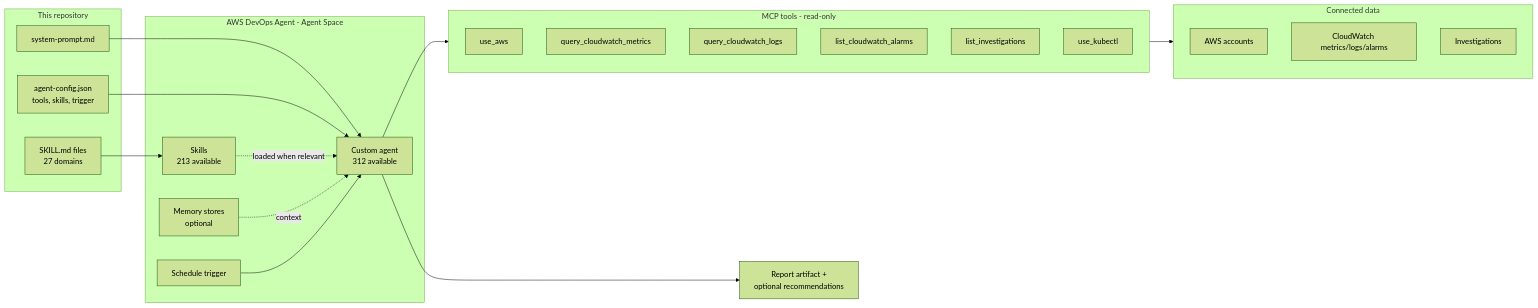
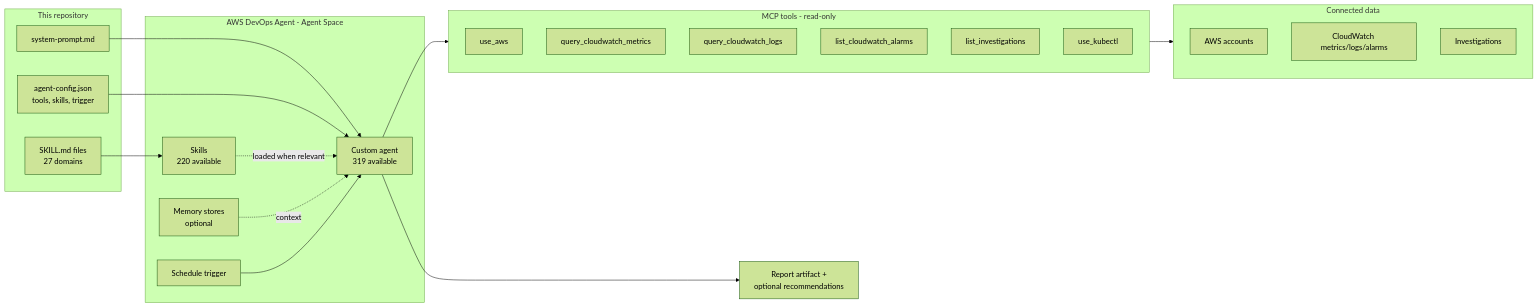
Before and after one commit to Misterb91123/aws-sample-ai-agents: the first of 4 diagrams in README.md, drawn with Mermaid (forest theme). The commit also changed other lines of this file and 24 other files, not shown here.

````diff
--- a/README.md
+++ b/README.md
@@ -28,42 +28,42 @@
 ```mermaid
 flowchart LR
     subgraph Repo["This repository"]
         SP[system-prompt.md]
         CFG[agent-config.json<br/>tools, skills, trigger]
         SK[SKILL.md files<br/>27 domains]
     end
 
     subgraph Space["AWS DevOps Agent - Agent Space"]
-        AG[Custom agent<br/>312 available]
-        SKA[Skills<br/>213 available]
+        AG[Custom agent<br/>319 available]
+        SKA[Skills<br/>220 available]
         MEM[Memory stores<br/>optional]
         TRG[Schedule trigger]
     end
 
     subgraph Tools["MCP tools - read-only"]
         T1[use_aws]
         T2[query_cloudwatch_metrics]
         T3[query_cloudwatch_logs]
         T4[list_cloudwatch_alarms]
         T5[list_investigations]
         T6[use_kubectl]
     end
 
     subgraph Sources["Connected data"]
         AWS[AWS accounts]
         CW[CloudWatch metrics/logs/alarms]
         INV[Investigations]
     end
 
     OUT[Report artifact +<br/>optional recommendations]
 
     SP --> AG
     CFG --> AG
     SK --> SKA
     SKA -.loaded when relevant.-> AG
     MEM -.context.-> AG
     TRG --> AG
     AG --> Tools
     Tools --> Sources
     AG --> OUT
 ```
````
